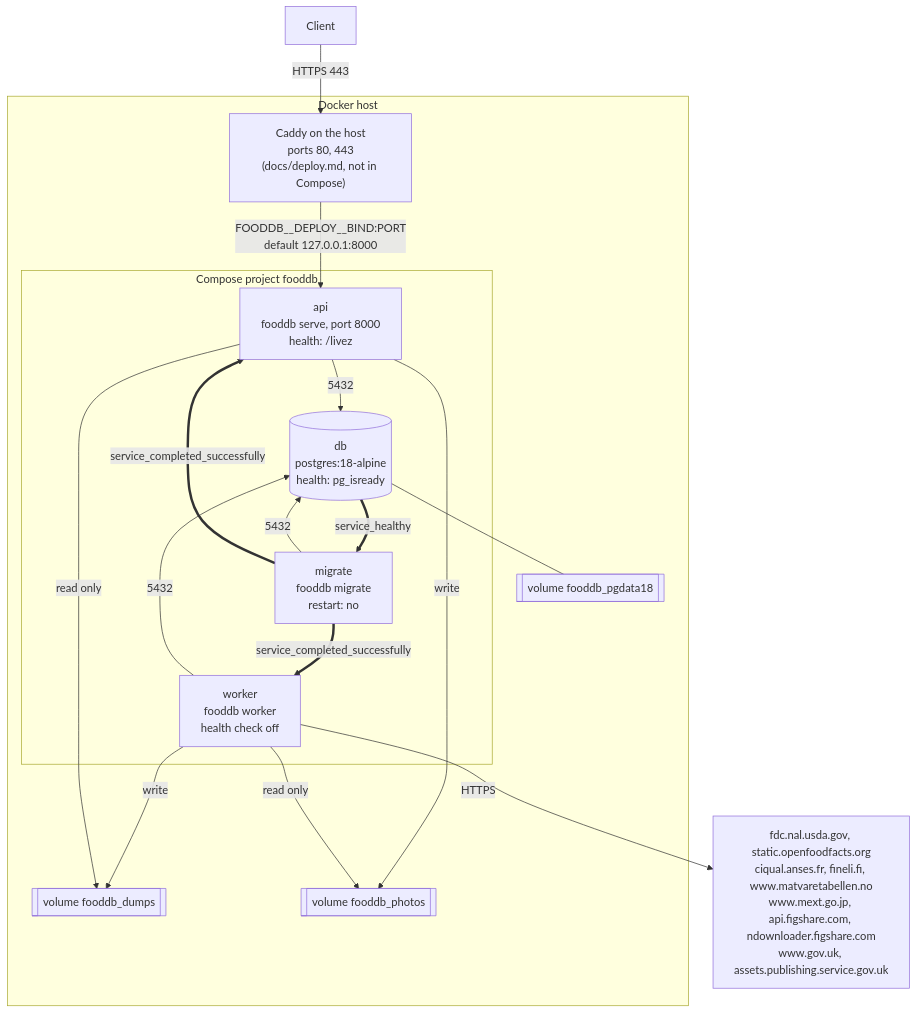
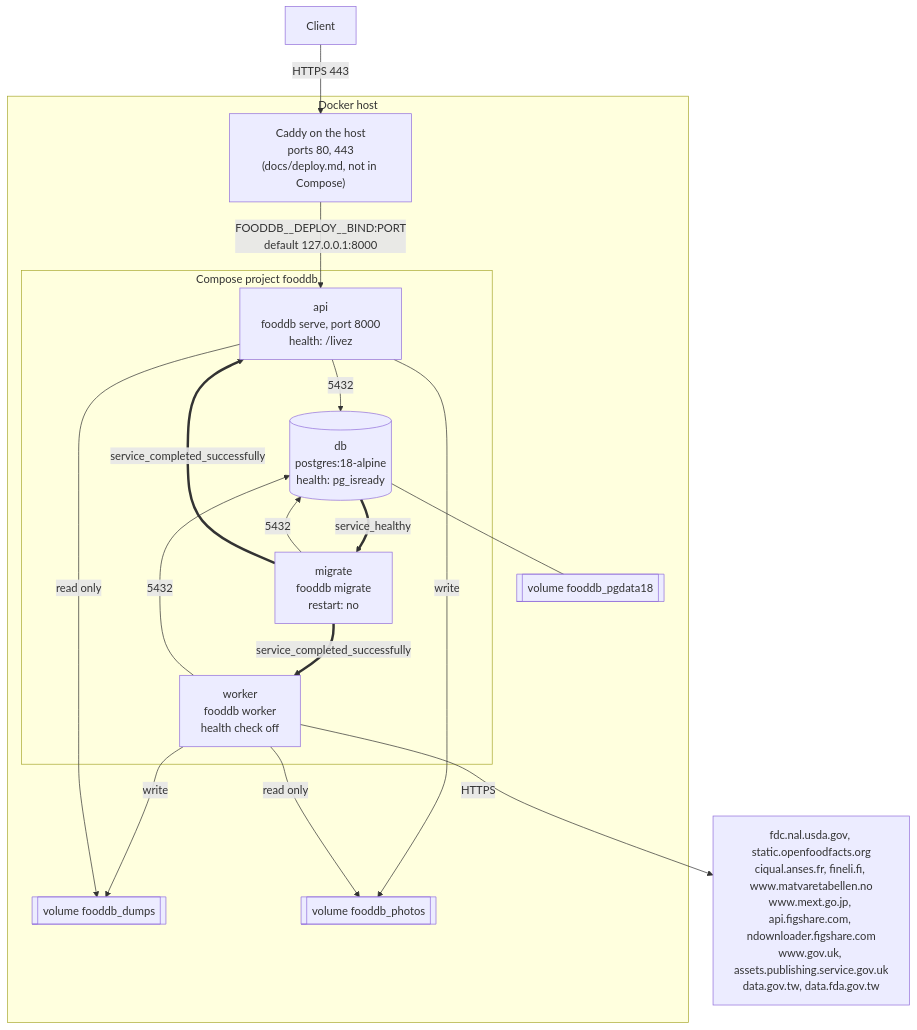
Before and after one commit to eait-fit/fooddb: the second of 19 diagrams in docs/architecture.md, drawn with Mermaid. The commit also changed other lines of this file and 15 other files, not shown here.

````diff
--- a/docs/architecture.md
+++ b/docs/architecture.md
@@ -92,31 +92,31 @@
 ```mermaid
 flowchart TB
     client["Client"]
     subgraph host["Docker host"]
         caddy["Caddy on the host<br/>ports 80, 443<br/>(docs/deploy.md, not in Compose)"]
         subgraph stack["Compose project fooddb"]
             dbc[("db<br/>postgres:18-alpine<br/>health: pg_isready")]
             mig["migrate<br/>fooddb migrate<br/>restart: no"]
             apic["api<br/>fooddb serve, port 8000<br/>health: /livez"]
             wk["worker<br/>fooddb worker<br/>health check off"]
         end
         vol[["volume fooddb_pgdata18"]]
         dvol[["volume fooddb_dumps"]]
         pvol[["volume fooddb_photos"]]
     end
-    up["fdc.nal.usda.gov, static.openfoodfacts.org<br/>ciqual.anses.fr, fineli.fi, www.matvaretabellen.no<br/>www.mext.go.jp, api.figshare.com, ndownloader.figshare.com<br/>www.gov.uk, assets.publishing.service.gov.uk"]
+    up["fdc.nal.usda.gov, static.openfoodfacts.org<br/>ciqual.anses.fr, fineli.fi, www.matvaretabellen.no<br/>www.mext.go.jp, api.figshare.com, ndownloader.figshare.com<br/>www.gov.uk, assets.publishing.service.gov.uk<br/>data.gov.tw, data.fda.gov.tw"]
     client -->|"HTTPS 443"| caddy
     caddy -->|"FOODDB__DEPLOY__BIND:PORT<br/>default 127.0.0.1:8000"| apic
     dbc --- vol
     wk -->|"write"| dvol
     apic -->|"read only"| dvol
     apic -->|"write"| pvol
     wk -->|"read only"| pvol
     mig -->|5432| dbc
     apic -->|5432| dbc
     wk -->|5432| dbc
     wk -->|HTTPS| up
     dbc ==>|service_healthy| mig
     mig ==>|service_completed_successfully| apic
     mig ==>|service_completed_successfully| wk
 ```
````
